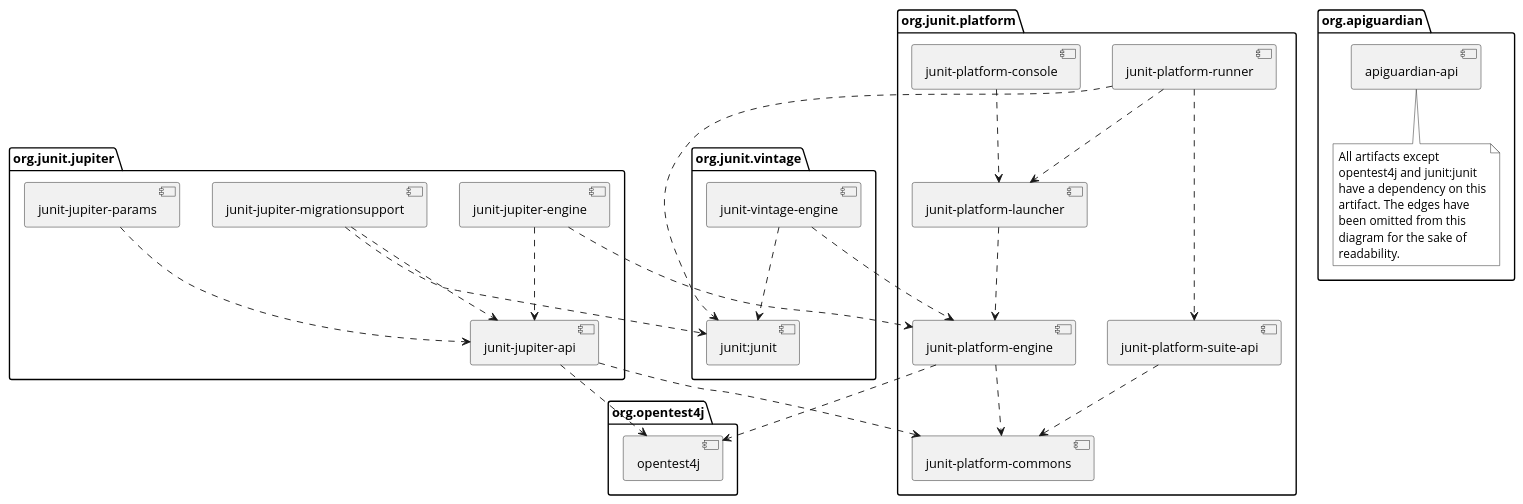
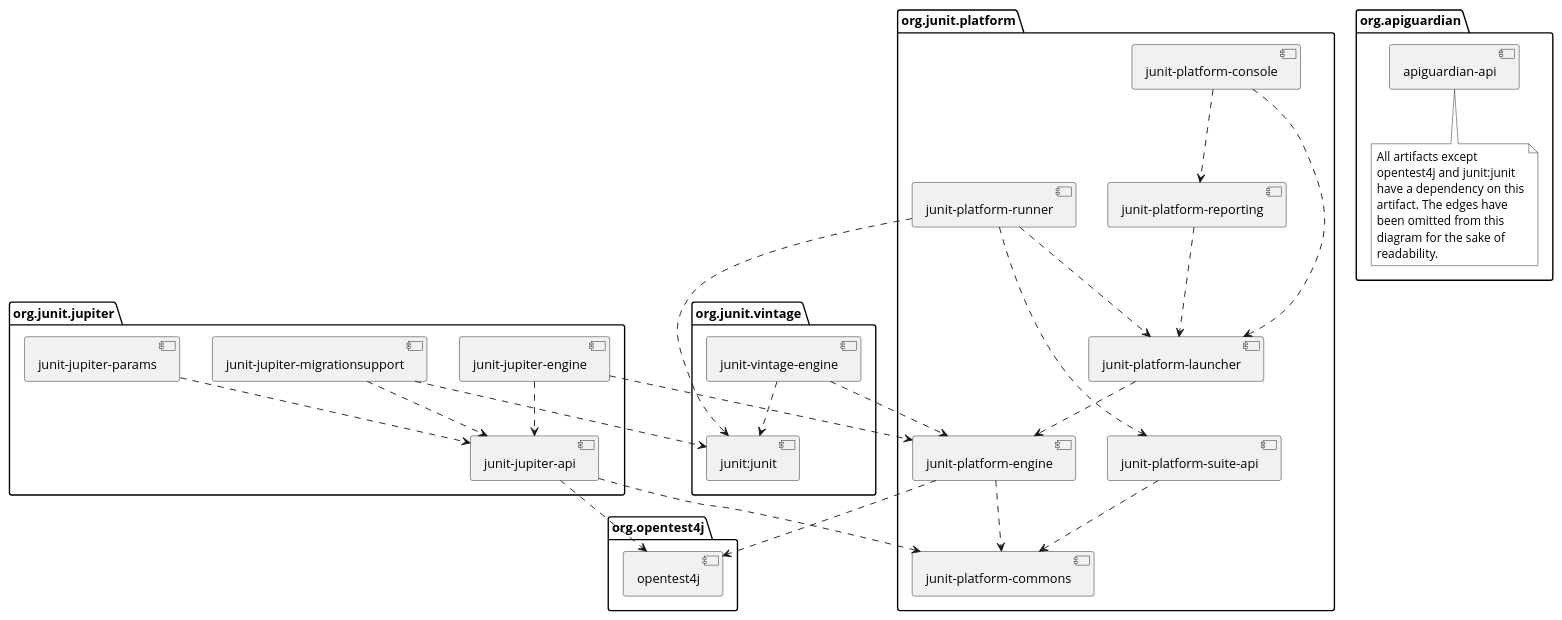
Before and after one commit to junit-team/junit5: the diagram in documentation/src/docs/asciidoc/user-guide/overview.adoc, drawn with PlantUML.

Commit message:
Include junit-platform-reporting module in Dependency Diagram
Issue: #1375

```diff
--- a/documentation/src/docs/asciidoc/user-guide/overview.adoc
+++ b/documentation/src/docs/asciidoc/user-guide/overview.adoc
@@ -159,70 +159,74 @@
 [plantuml, component-diagram, svg]
 ----
 skinparam {
     defaultFontName Open Sans
 }
 
 package org.junit.jupiter {
     [junit-jupiter-api] as jupiter_api
     [junit-jupiter-engine] as jupiter_engine
     [junit-jupiter-params] as jupiter_params
     [junit-jupiter-migrationsupport] as jupiter_migration_support
 }
 
 package org.junit.vintage {
     [junit-vintage-engine] as vintage_engine
     [junit:junit] as junit4
 }
 
 package org.junit.platform {
     [junit-platform-commons] as commons
     [junit-platform-console] as console
     [junit-platform-engine] as engine
     [junit-platform-launcher] as launcher
+    [junit-platform-reporting] as reporting
     [junit-platform-runner] as runner
     [junit-platform-suite-api] as suite_api
 }
 
 package org.opentest4j {
     [opentest4j]
 }
 
 package org.apiguardian {
     [apiguardian-api] as apiguardian
     note bottom of apiguardian #white
         All artifacts except
         opentest4j and junit:junit
         have a dependency on this
         artifact. The edges have
         been omitted from this
         diagram for the sake of
         readability.
     endnote
 }
 
 jupiter_api ..> opentest4j
 jupiter_api ..> commons
 
 jupiter_engine ..> engine
 jupiter_engine ..> jupiter_api
 
 jupiter_params ..> jupiter_api
 jupiter_migration_support ..> jupiter_api
 jupiter_migration_support ..> junit4
 
 console ..> launcher
+console ..> reporting
 
 launcher ..> engine
 
 engine ..> opentest4j
 engine ..> commons
+
+reporting ..> launcher
 
 runner ..> launcher
 runner ..> suite_api
 runner ..> junit4
 
 suite_api ..> commons
 
 vintage_engine ..> engine
 vintage_engine ..> junit4
 ----
```
